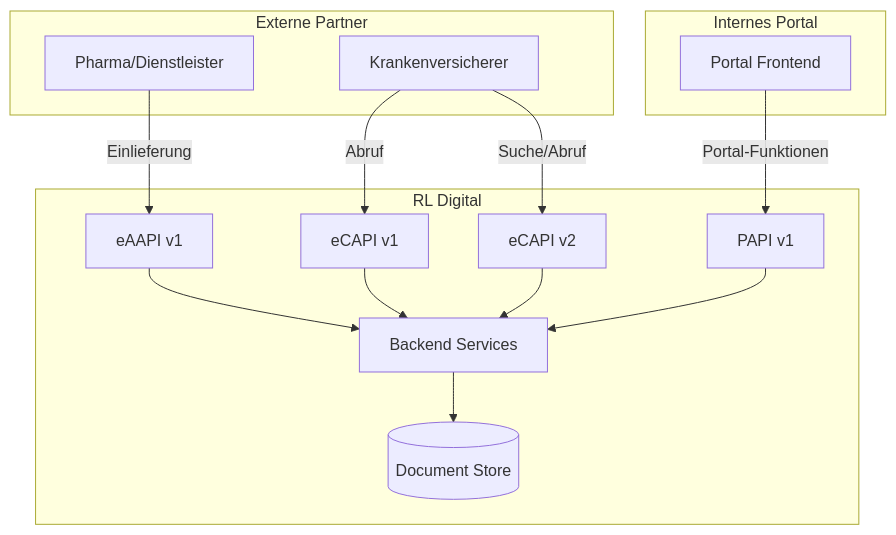
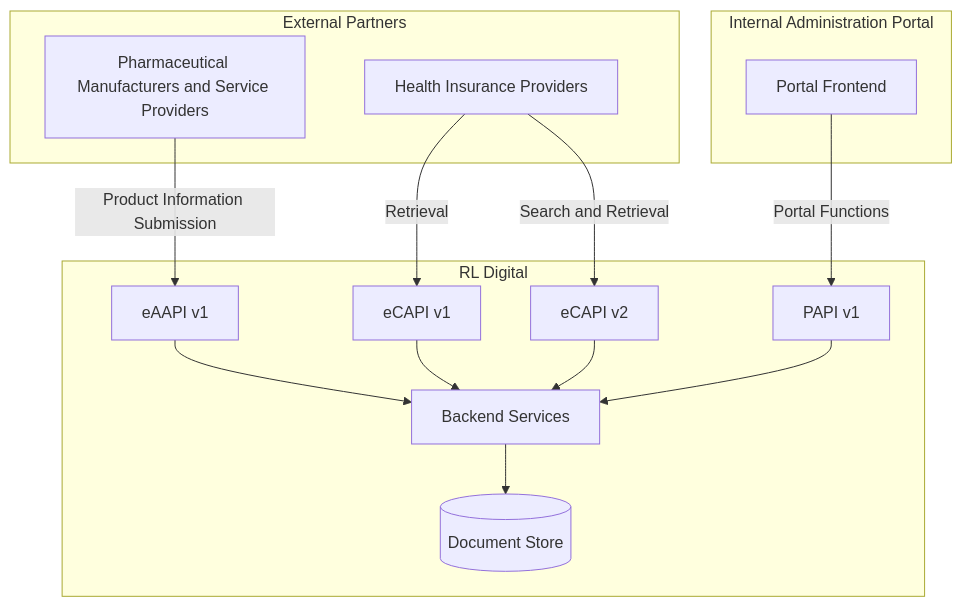
One commit to Wolfgang61/rl-digital-api-docs changed the first of 2 diagrams in content/_index.md. Above: the diagram before and after it, drawn with Mermaid. The commit also changed other lines of this file and 5 other files, not shown here.

````diff
--- a/content/_index.md
+++ b/content/_index.md
@@ -38,30 +56,30 @@
 ```mermaid
 flowchart TB
-    subgraph Partners[Externe Partner]
-      PH[Pharma/Dienstleister]
-      KV[Krankenversicherer]
+    subgraph Partners[External Partners]
+      PH[Pharmaceutical Manufacturers and Service Providers]
+      KV[Health Insurance Providers]
     end
 
     subgraph RL[RL Digital]
       EA[eAAPI v1]
       EC1[eCAPI v1]
       EC2[eCAPI v2]
       PA[PAPI v1]
       BE[Backend Services]
       DS[(Document Store)]
     end
 
-    subgraph Portal[Internes Portal]
+    subgraph Portal[Internal Administration Portal]
       UI[Portal Frontend]
     end
 
-    PH -->|Einlieferung| EA
-    KV -->|Abruf| EC1
-    KV -->|Suche/Abruf| EC2
-    UI -->|Portal-Funktionen| PA
+    PH -->|Product Information Submission| EA
+    KV -->|Retrieval| EC1
+    KV -->|Search and Retrieval| EC2
+    UI -->|Portal Functions| PA
     EA --> BE
     EC1 --> BE
     EC2 --> BE
     PA --> BE
     BE --> DS
 ```
````
